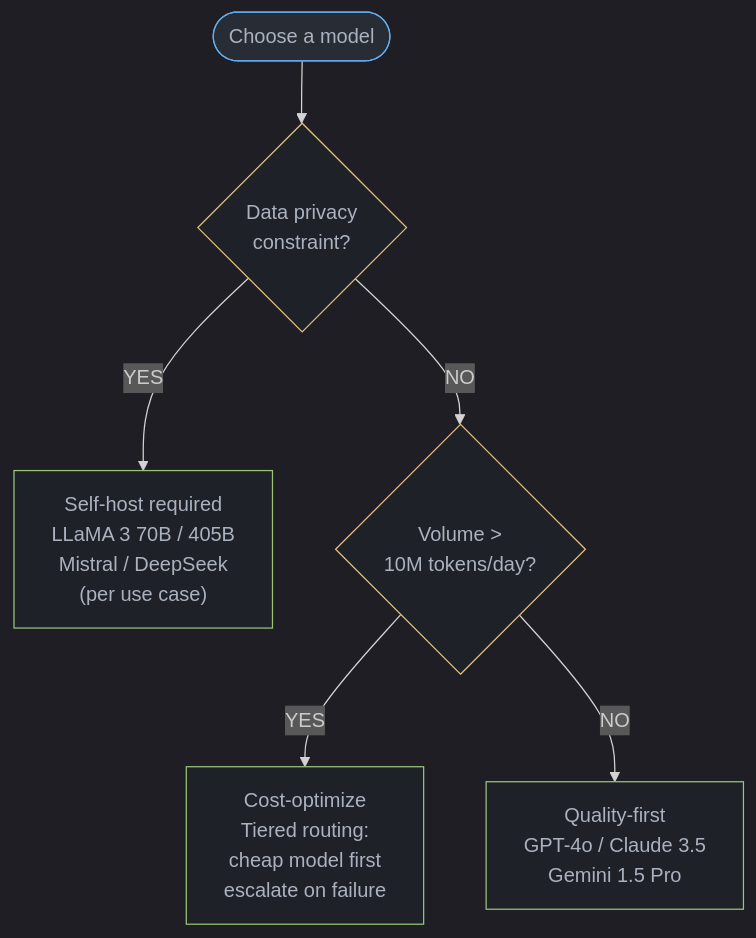
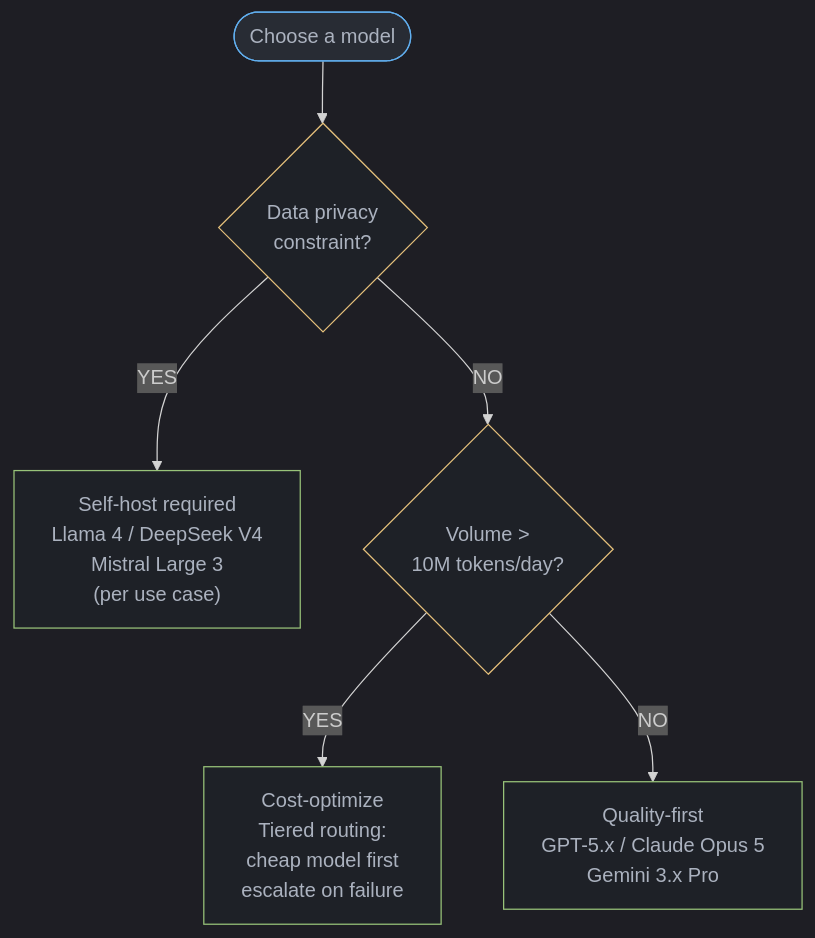
One commit to rppol/system-design changed the third of 4 diagrams in src/main/java/com/rutik/systemdesign/llm/llm_ecosystem_and_landscape/README.md. Above: the diagram before and after it, drawn with Mermaid. The commit also changed other lines of this file and 113 other files, not shown here.

````diff
--- a/src/main/java/com/rutik/systemdesign/llm/llm_ecosystem_and_landscape/README.md
+++ b/src/main/java/com/rutik/systemdesign/llm/llm_ecosystem_and_landscape/README.md
@@ -272,18 +313,18 @@
 ```mermaid
 %%{init: {'flowchart': {'curve': 'basis'}, 'theme': 'dark'}}%%
 flowchart TD
     Start([Choose a model]) --> Privacy{"Data privacy\nconstraint?"}
-    Privacy -- YES --> SelfHost["Self-host required\nLLaMA 3 70B / 405B\nMistral / DeepSeek\n(per use case)"]
+    Privacy -- YES --> SelfHost["Self-host required\nLlama 4 / DeepSeek V4\nMistral Large 3\n(per use case)"]
     Privacy -- NO --> Volume{"Volume >\n10M tokens/day?"}
     Volume -- YES --> CostOpt["Cost-optimize\nTiered routing:\ncheap model first\nescalate on failure"]
-    Volume -- NO --> Quality["Quality-first\nGPT-4o / Claude 3.5\nGemini 1.5 Pro"]
+    Volume -- NO --> Quality["Quality-first\nGPT-5.x / Claude Opus 5\nGemini 3.x Pro"]
 
     classDef io     fill:#282c34,stroke:#61afef,color:#abb2bf
     classDef proc   fill:#1e2127,stroke:#98c379,color:#abb2bf
     classDef llm    fill:#1e2127,stroke:#c678dd,color:#abb2bf
     classDef decide fill:#1e2127,stroke:#e5c07b,color:#abb2bf
 
     class Start io
     class Privacy,Volume decide
     class SelfHost,CostOpt,Quality proc
 ```
````
